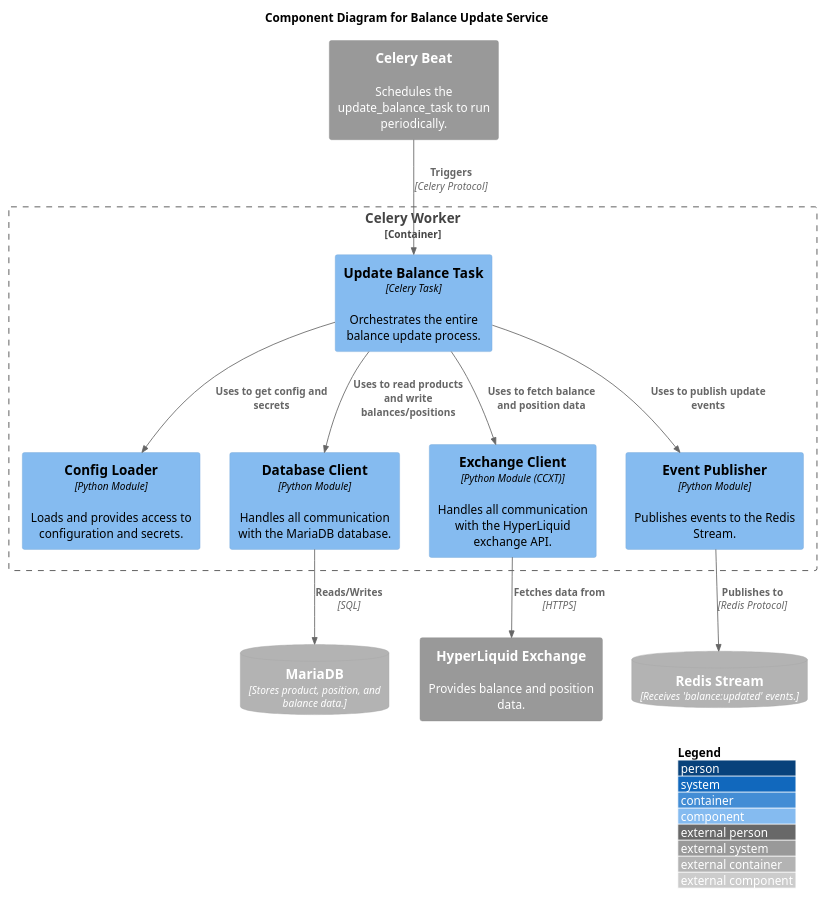
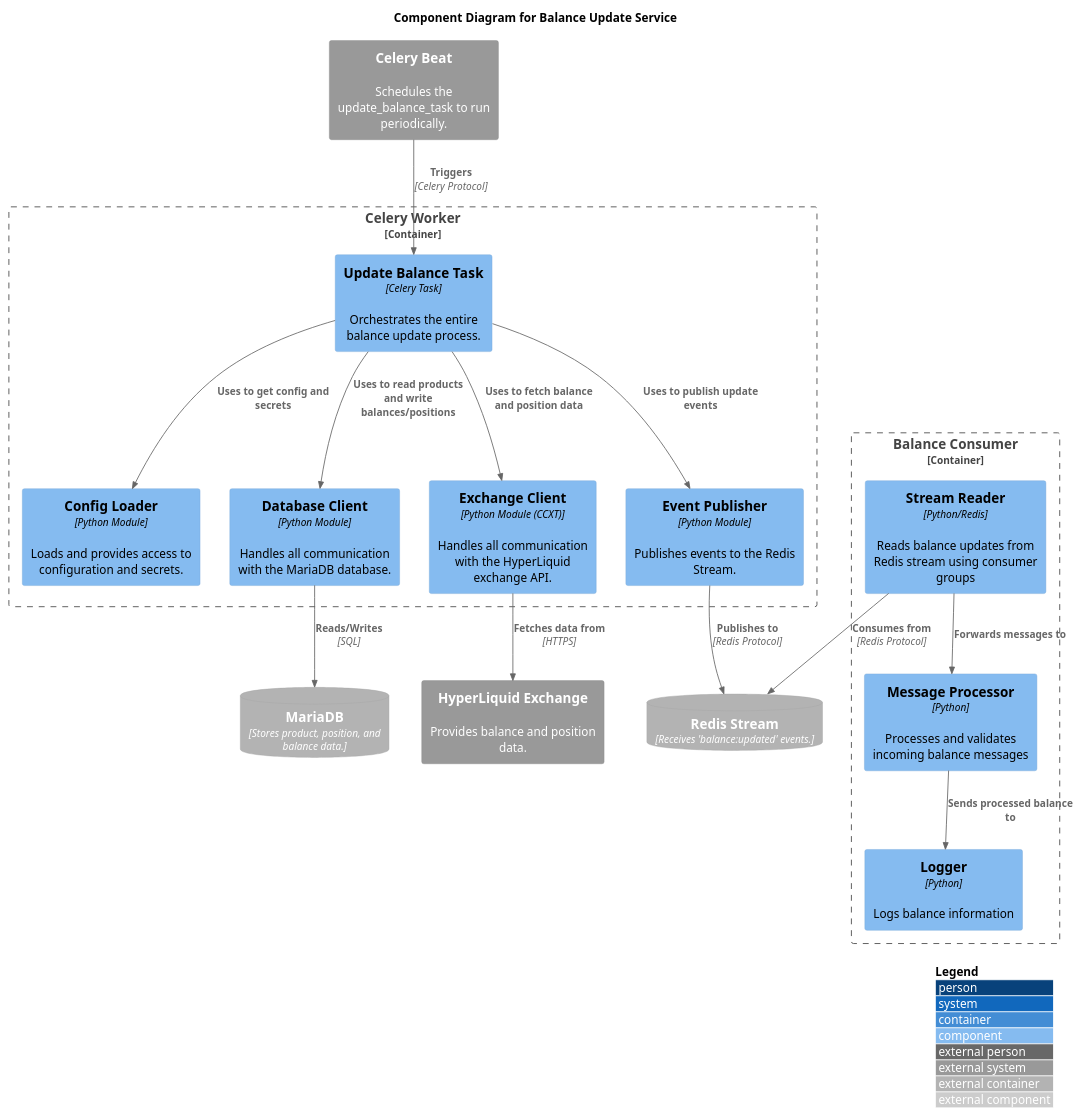
One commit to tttrisagion/3T changed the diagram in docs/arch/level-3-balance-service.puml. Above: the diagram before and after it, drawn with PlantUML. The commit also changed 13 other files, not shown here.

```diff
--- a/docs/arch/level-3-balance-service.puml
+++ b/docs/arch/level-3-balance-service.puml
@@ -1,32 +1,42 @@
 @startuml Balance Service Components
 !include <C4/C4_Component.puml>
 
 LAYOUT_WITH_LEGEND()
 LAYOUT_TOP_DOWN()
 
 title Component Diagram for Balance Update Service
 
 Container_Boundary(celery_worker, "Celery Worker") {
     Component(update_balance_task, "Update Balance Task", "Celery Task", "Orchestrates the entire balance update process.")
     Component(config_loader, "Config Loader", "Python Module", "Loads and provides access to configuration and secrets.")
     Component(db_client, "Database Client", "Python Module", "Handles all communication with the MariaDB database.")
     Component(exchange_client, "Exchange Client", "Python Module (CCXT)", "Handles all communication with the HyperLiquid exchange API.")
     Component(event_publisher, "Event Publisher", "Python Module", "Publishes events to the Redis Stream.")
 
     Rel(update_balance_task, config_loader, "Uses to get config and secrets")
     Rel(update_balance_task, db_client, "Uses to read products and write balances/positions")
     Rel(update_balance_task, exchange_client, "Uses to fetch balance and position data")
     Rel(update_balance_task, event_publisher, "Uses to publish update events")
 }
 
+Container_Boundary(balance_consumer, "Balance Consumer") {
+    Component(stream_reader, "Stream Reader", "Python/Redis", "Reads balance updates from Redis stream using consumer groups")
+    Component(message_processor, "Message Processor", "Python", "Processes and validates incoming balance messages")
+    Component(logger, "Logger", "Python", "Logs balance information")
+
+    Rel(stream_reader, message_processor, "Forwards messages to")
+    Rel(message_processor, logger, "Sends processed balance to")
+}
+
 System_Ext(celery_beat, "Celery Beat", "Schedules the update_balance_task to run periodically.")
 ContainerDb_Ext(mariadb, "MariaDB", "Stores product, position, and balance data.")
 ContainerDb_Ext(redis_stream, "Redis Stream", "Receives 'balance:updated' events.")
 System_Ext(hyperliquid, "HyperLiquid Exchange", "Provides balance and position data.")
 
 Rel(celery_beat, update_balance_task, "Triggers", "Celery Protocol")
 Rel(db_client, mariadb, "Reads/Writes", "SQL")
 Rel(exchange_client, hyperliquid, "Fetches data from", "HTTPS")
 Rel(event_publisher, redis_stream, "Publishes to", "Redis Protocol")
+Rel(stream_reader, redis_stream, "Consumes from", "Redis Protocol")
 
 @enduml
```
